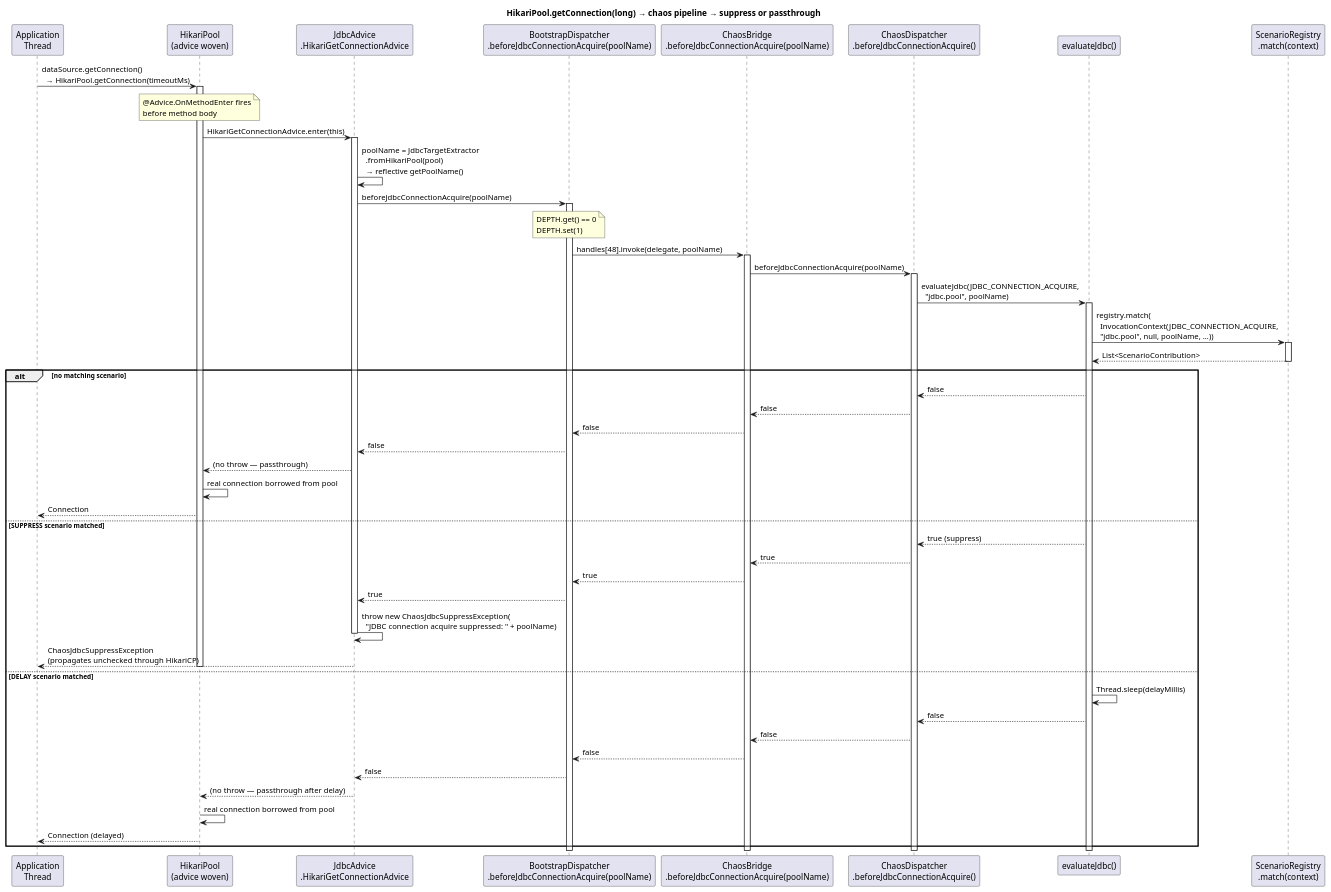
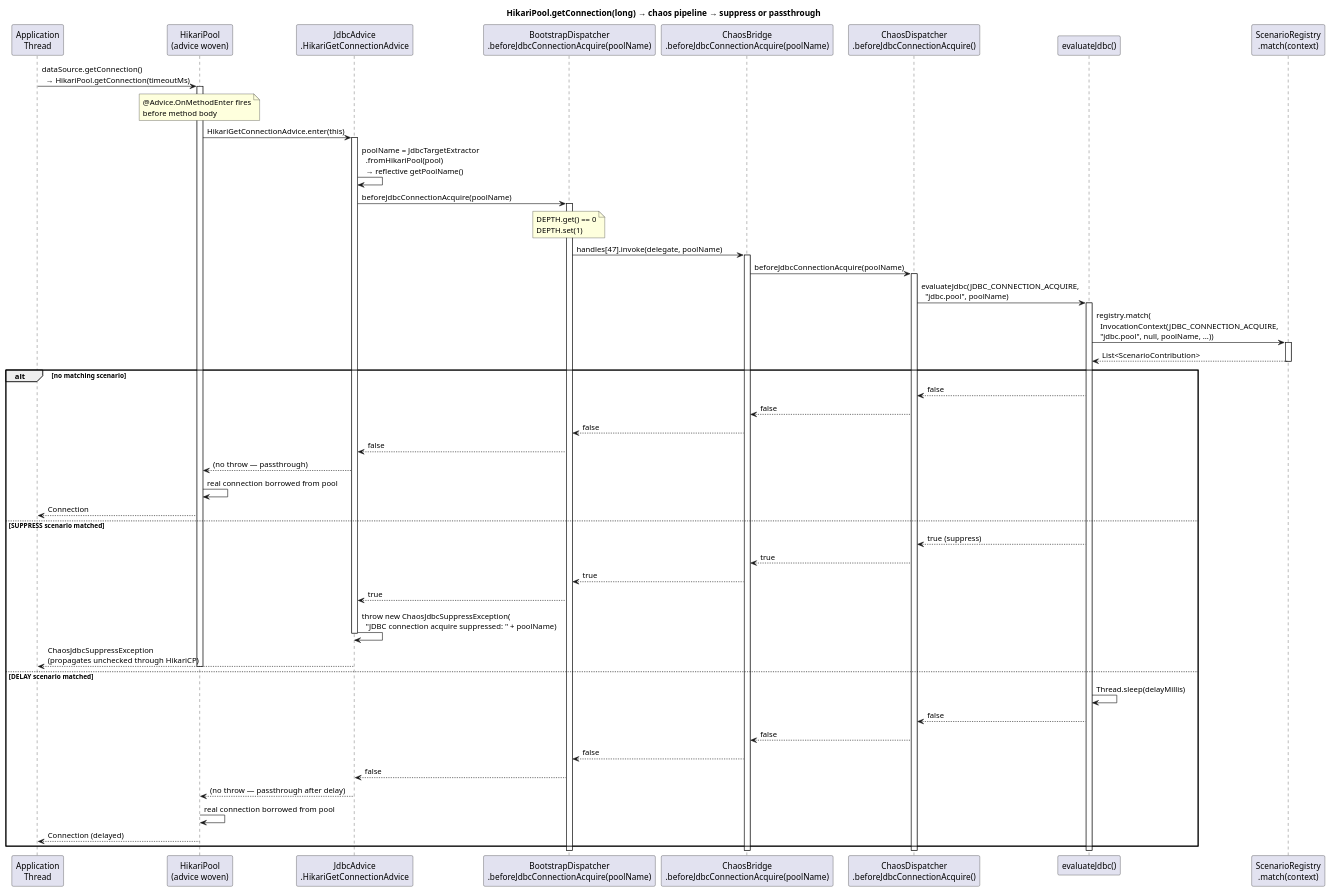
The fourth of 4 diagrams in docs/instrumentation.md (macstab/macstab-chaos-jvm-agent), drawn with PlantUML before and after one commit. The commit also changed other lines of this file and 10 other files, not shown here.

````diff
--- a/docs/instrumentation.md
+++ b/docs/instrumentation.md
@@ -904,78 +912,78 @@
 ```plantuml
 @startuml
 title HikariPool.getConnection(long) → chaos pipeline → suppress or passthrough
 
 participant "Application\nThread" as App
 participant "HikariPool\n(advice woven)" as HP
 participant "JdbcAdvice\n.HikariGetConnectionAdvice" as Advice
 participant "BootstrapDispatcher\n.beforeJdbcConnectionAcquire(poolName)" as BD
 participant "ChaosBridge\n.beforeJdbcConnectionAcquire(poolName)" as CB
 participant "ChaosDispatcher\n.beforeJdbcConnectionAcquire()" as CD
 participant "evaluateJdbc()" as EJ
 participant "ScenarioRegistry\n.match(context)" as SR
 
 App -> HP : dataSource.getConnection()\n  → HikariPool.getConnection(timeoutMs)
 activate HP
 
 note over HP : @Advice.OnMethodEnter fires\nbefore method body
 
 HP -> Advice : HikariGetConnectionAdvice.enter(this)
 activate Advice
 
 Advice -> Advice : poolName = JdbcTargetExtractor\n  .fromHikariPool(pool)\n  → reflective getPoolName()
 
 Advice -> BD : beforeJdbcConnectionAcquire(poolName)
 activate BD
 
 note over BD : DEPTH.get() == 0\nDEPTH.set(1)
 
-BD -> CB : handles[48].invoke(delegate, poolName)
+BD -> CB : handles[47].invoke(delegate, poolName)
 activate CB
 
 CB -> CD : beforeJdbcConnectionAcquire(poolName)
 activate CD
 
 CD -> EJ : evaluateJdbc(JDBC_CONNECTION_ACQUIRE,\n  "jdbc.pool", poolName)
 activate EJ
 
 EJ -> SR : registry.match(\n  InvocationContext(JDBC_CONNECTION_ACQUIRE,\n  "jdbc.pool", null, poolName, ...))
 activate SR
 SR --> EJ : List<ScenarioContribution>
 deactivate SR
 
 alt no matching scenario
   EJ --> CD : false
   CD --> CB : false
   CB --> BD : false
   BD --> Advice : false
   Advice --> HP : (no throw — passthrough)
   HP -> HP : real connection borrowed from pool
   HP --> App : Connection
 
 else SUPPRESS scenario matched
   EJ --> CD : true (suppress)
   CD --> CB : true
   CB --> BD : true
   BD --> Advice : true
   Advice -> Advice : throw new ChaosJdbcSuppressException(\n  "JDBC connection acquire suppressed: " + poolName)
   deactivate Advice
   Advice --> App : ChaosJdbcSuppressException\n(propagates unchecked through HikariCP)
   deactivate HP
 
 else DELAY scenario matched
   EJ -> EJ : Thread.sleep(delayMillis)
   EJ --> CD : false
   CD --> CB : false
   CB --> BD : false
   BD --> Advice : false
   Advice --> HP : (no throw — passthrough after delay)
   HP -> HP : real connection borrowed from pool
   HP --> App : Connection (delayed)
 end
 
 deactivate EJ
 deactivate CD
 deactivate CB
 deactivate BD
 @enduml
 ```
````
